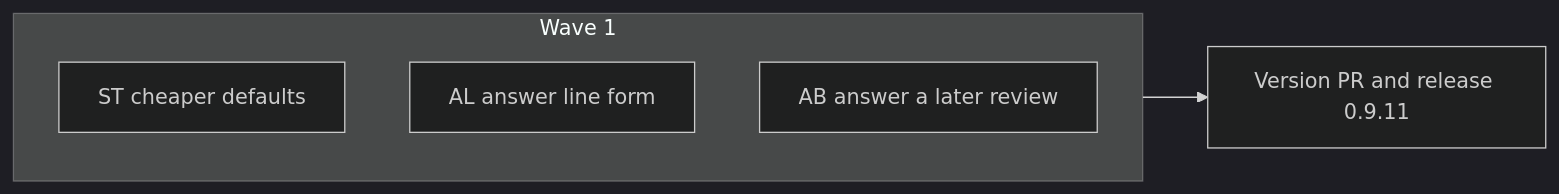
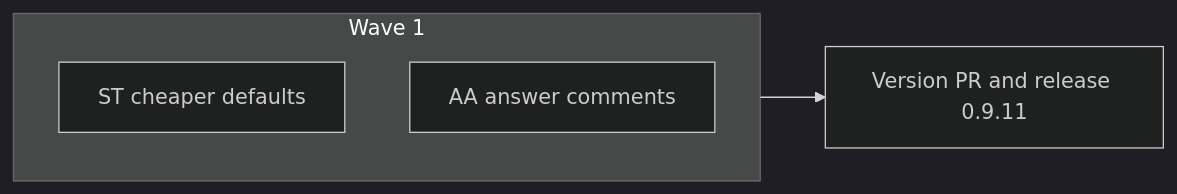
Before and after one commit to alfhen/agent-pr-pipeline: the diagram in docs/plan-0.9.11.md, drawn with Mermaid (dark theme). The commit also changed other lines of this file, not shown here.

````diff
--- a/docs/plan-0.9.11.md
+++ b/docs/plan-0.9.11.md
@@ -53,9 +53,8 @@
 ```mermaid
 flowchart LR
   subgraph W1[Wave 1]
     ST[ST cheaper defaults]
-    AL[AL answer line form]
-    AB[AB answer a later review]
+    AA[AA answer comments]
   end
   W1 --> V[Version PR and release 0.9.11]
 ```
````
